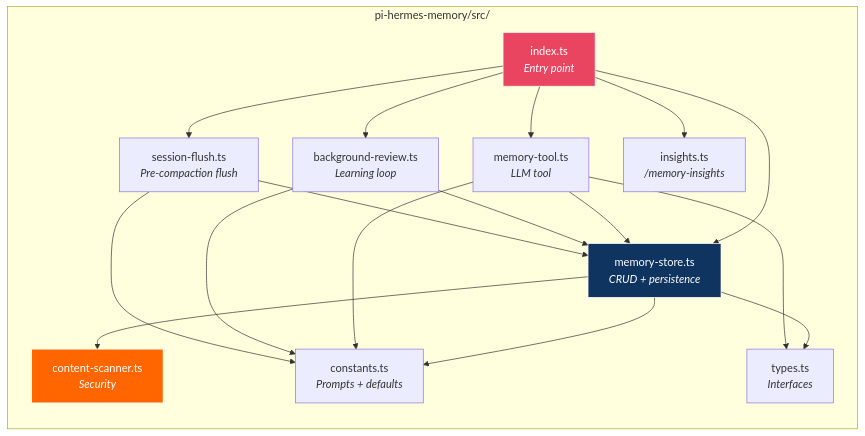
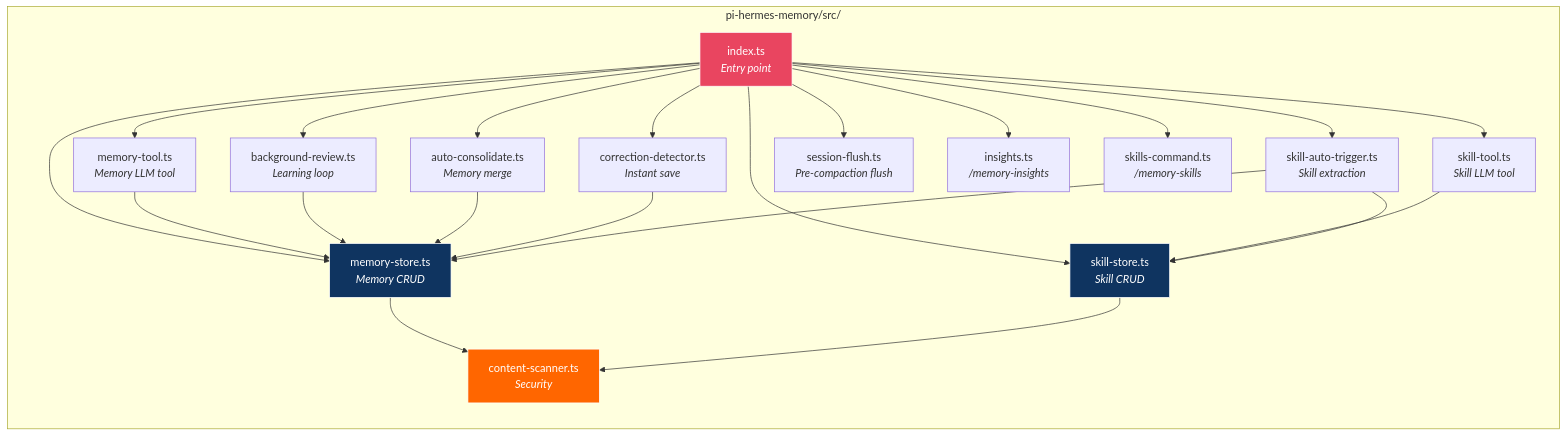
The fourth of 4 diagrams in README.md (chandra447/pi-hermes-memory), drawn with Mermaid before and after one commit. The commit also changed other lines of this file and 26 other files, not shown here.

````diff
--- a/README.md
+++ b/README.md
@@ -238,34 +355,44 @@
 ```mermaid
 graph LR
     subgraph "pi-hermes-memory/src/"
         IDX["index.ts<br/><i>Entry point</i>"]
-        MS["memory-store.ts<br/><i>CRUD + persistence</i>"]
-        MT["memory-tool.ts<br/><i>LLM tool</i>"]
+        MS["memory-store.ts<br/><i>Memory CRUD</i>"]
+        SS["skill-store.ts<br/><i>Skill CRUD</i>"]
+        MT["memory-tool.ts<br/><i>Memory LLM tool</i>"]
+        ST["skill-tool.ts<br/><i>Skill LLM tool</i>"]
         CS["content-scanner.ts<br/><i>Security</i>"]
         BR["background-review.ts<br/><i>Learning loop</i>"]
+        AC["auto-consolidate.ts<br/><i>Memory merge</i>"]
+        CD["correction-detector.ts<br/><i>Instant save</i>"]
+        SA["skill-auto-trigger.ts<br/><i>Skill extraction</i>"]
         SF["session-flush.ts<br/><i>Pre-compaction flush</i>"]
         IN["insights.ts<br/><i>/memory-insights</i>"]
-        CT["constants.ts<br/><i>Prompts + defaults</i>"]
-        TP["types.ts<br/><i>Interfaces</i>"]
+        SC["skills-command.ts<br/><i>/memory-skills</i>"]
     end
 
     IDX --> MS
+    IDX --> SS
     IDX --> MT
+    IDX --> ST
     IDX --> BR
+    IDX --> AC
+    IDX --> CD
+    IDX --> SA
     IDX --> SF
     IDX --> IN
+    IDX --> SC
     MT --> MS
+    ST --> SS
     MS --> CS
+    SS --> CS
     BR --> MS
-    SF --> MS
-    MS --> CT
-    MT --> CT
-    BR --> CT
-    SF --> CT
-    MS --> TP
-    MT --> TP
+    AC --> MS
+    CD --> MS
+    SA --> MS
+    SA --> SS
 
     style IDX fill:#e94560,stroke:#fff,color:#fff
     style MS fill:#0f3460,stroke:#fff,color:#fff
+    style SS fill:#0f3460,stroke:#fff,color:#fff
     style CS fill:#ff6600,stroke:#fff,color:#fff
 ```
````
